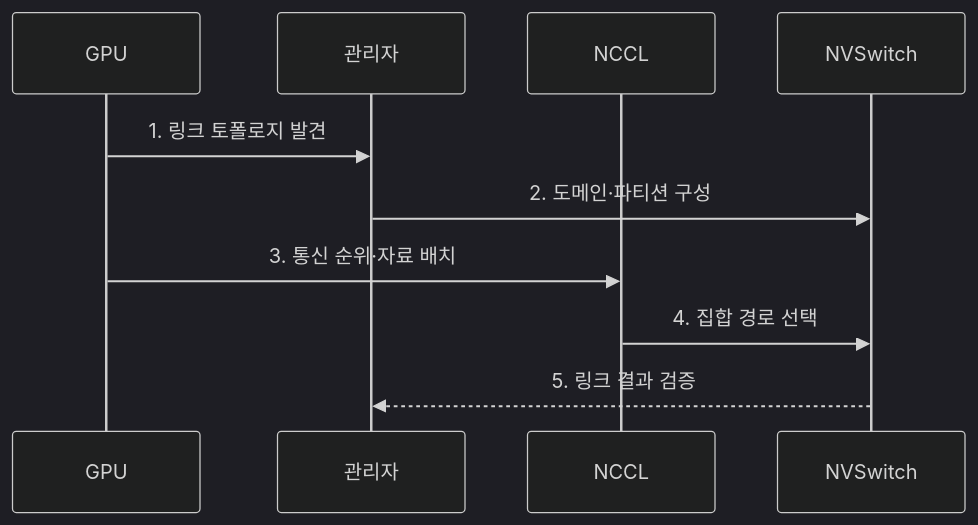
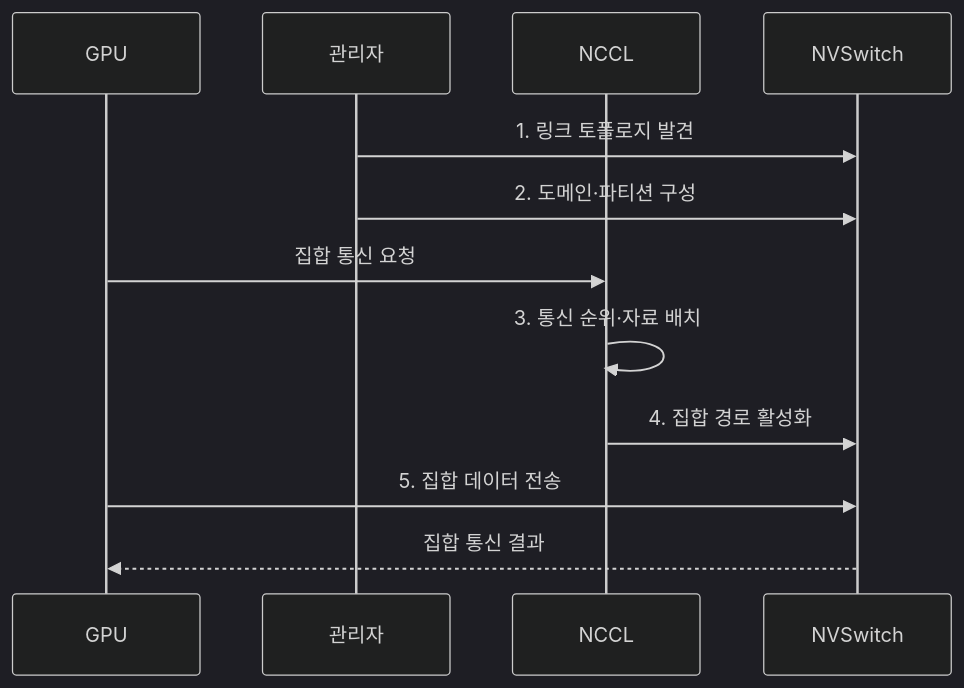
The second of 2 diagrams in src/content/docs/notes/04-network/105_nvlink.md (agnusdei1207/knowledge-base), drawn with Mermaid (dark theme) before and after one commit. The commit also changed other lines of this file and 16 other files, not shown here.

````diff
--- a/src/content/docs/notes/04-network/105_nvlink.md
+++ b/src/content/docs/notes/04-network/105_nvlink.md
@@ -84,12 +86,14 @@
 ```mermaid
 sequenceDiagram
     participant GPU
     participant 관리자
     participant NCCL
     participant NVSwitch
-    GPU->>관리자: 1. 링크 토폴로지 발견
+    관리자->>NVSwitch: 1. 링크 토폴로지 발견
     관리자->>NVSwitch: 2. 도메인·파티션 구성
-    GPU->>NCCL: 3. 통신 순위·자료 배치
-    NCCL->>NVSwitch: 4. 집합 경로 선택
-    NVSwitch-->>관리자: 5. 링크 결과 검증
+    GPU->>NCCL: 집합 통신 요청
+    NCCL->>NCCL: 3. 통신 순위·자료 배치
+    NCCL->>NVSwitch: 4. 집합 경로 활성화
+    GPU->>NVSwitch: 5. 집합 데이터 전송
+    NVSwitch-->>GPU: 집합 통신 결과
 ```
````
